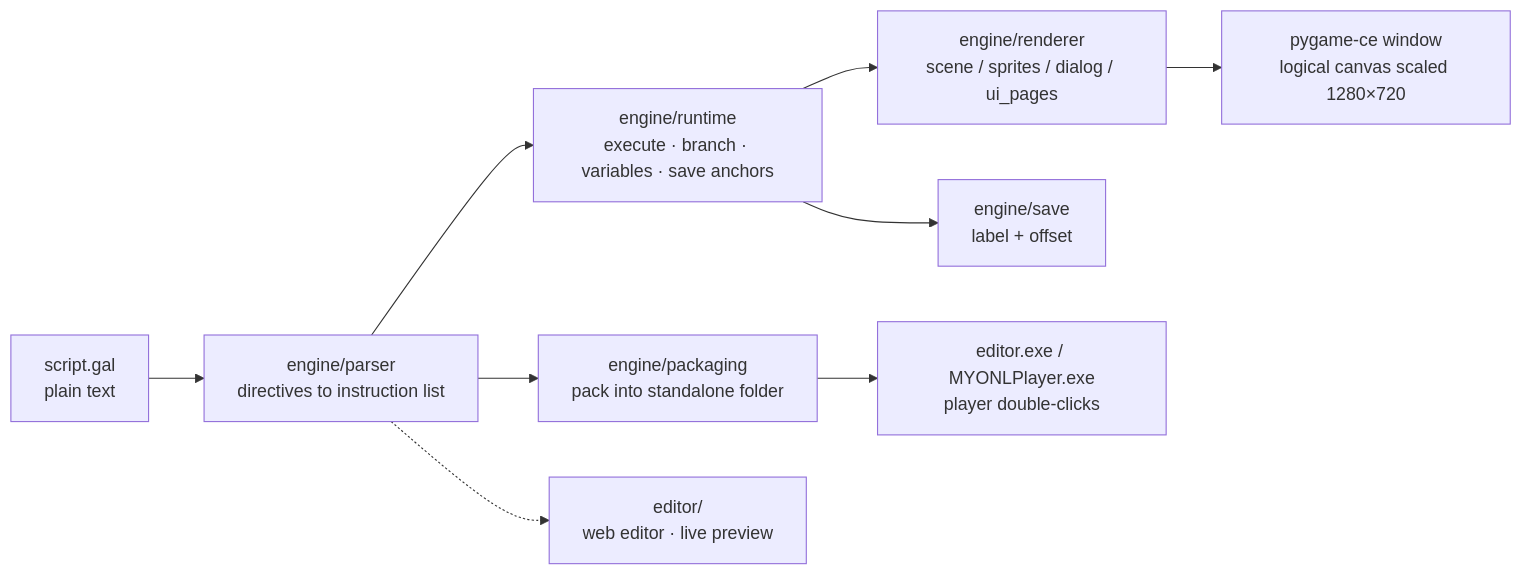
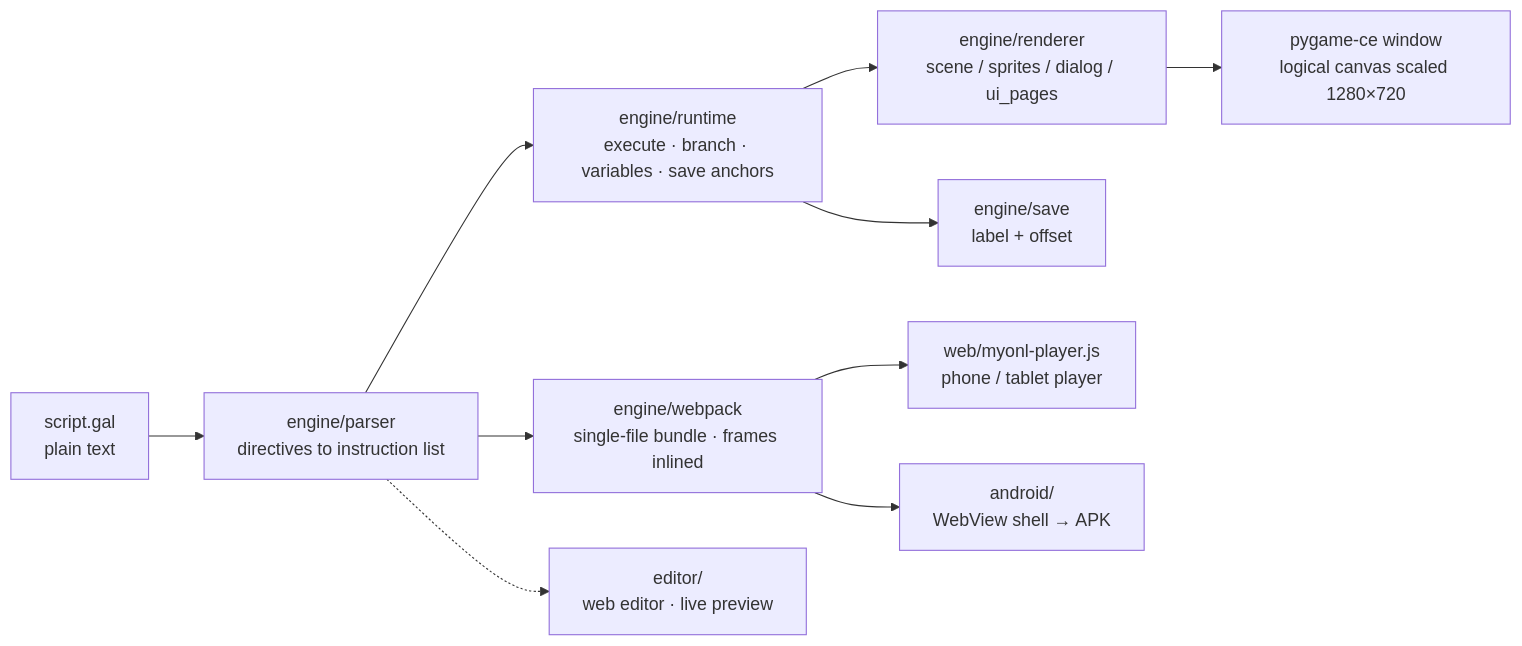
The diagram in README.en.md (123456789556/myonl), drawn with Mermaid before and after one commit. The commit also changed other lines of this file and 13 other files, not shown here.

````diff
--- a/README.en.md
+++ b/README.en.md
@@ -80,11 +126,12 @@
 ```mermaid
 flowchart LR
   A["script.gal<br/>plain text"] --> B["engine/parser<br/>directives to instruction list"]
   B --> C["engine/runtime<br/>execute · branch · variables · save anchors"]
   C --> D["engine/renderer<br/>scene / sprites / dialog / ui_pages"]
   D --> E["pygame-ce window<br/>logical canvas scaled 1280×720"]
   C --> F["engine/save<br/>label + offset"]
-  B --> G["engine/packaging<br/>pack into standalone folder"]
-  G --> H["editor.exe / MYONLPlayer.exe<br/>player double-clicks"]
-  B -.-> I["editor/<br/>web editor · live preview"]
+  B --> G["engine/webpack<br/>single-file bundle · frames inlined"]
+  G --> H["web/myonl-player.js<br/>phone / tablet player"]
+  G --> I["android/<br/>WebView shell → APK"]
+  B -.-> J["editor/<br/>web editor · live preview"]
 ```
````
